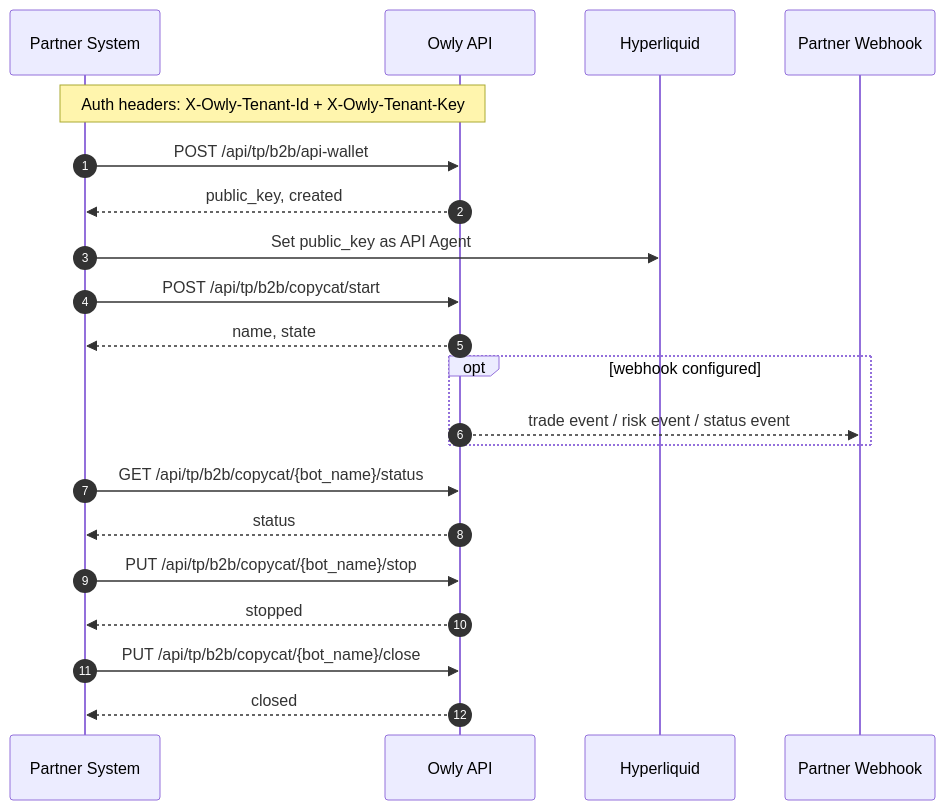
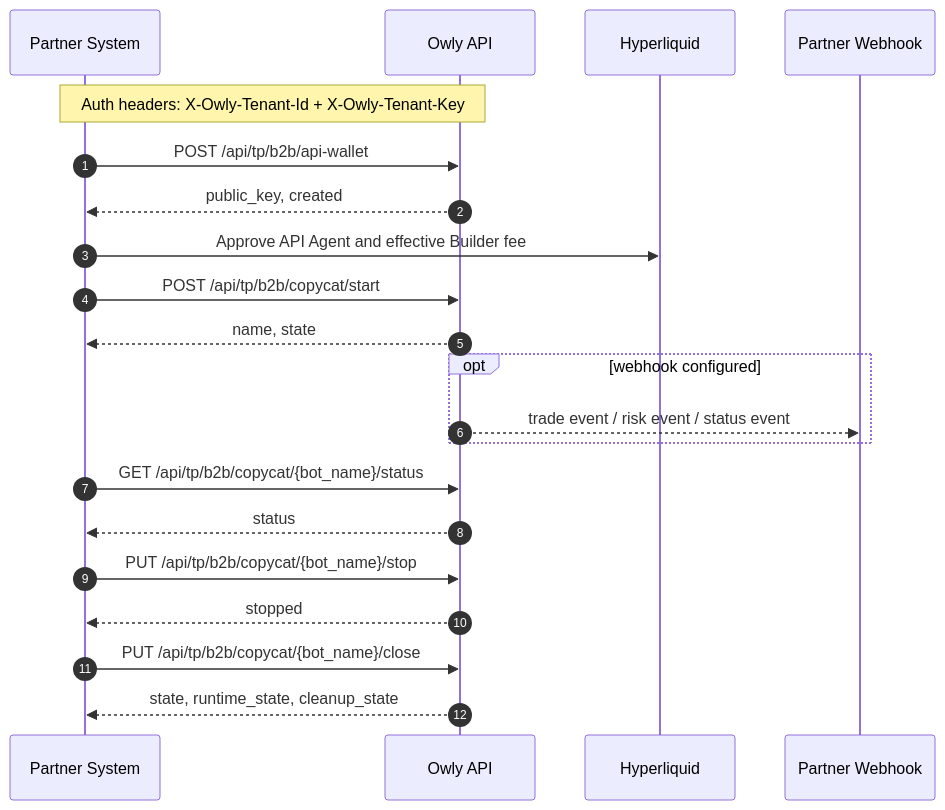
The diagram in guide/b2b-api.mdx (owlyfi/docs), drawn with Mermaid before and after one commit. The commit also changed other lines of this file and 45 other files, not shown here.

````diff
--- a/guide/b2b-api.mdx
+++ b/guide/b2b-api.mdx
@@ -23,31 +23,31 @@
 ```mermaid
 sequenceDiagram
     autonumber
     participant Partner as Partner System
     participant Owly as Owly API
     participant HL as Hyperliquid
     participant WH as Partner Webhook
 
     Note over Partner,Owly: Auth headers: X-Owly-Tenant-Id + X-Owly-Tenant-Key
 
     Partner->>Owly: POST /api/tp/b2b/api-wallet
     Owly-->>Partner: public_key, created
 
-    Partner->>HL: Set public_key as API Agent
+    Partner->>HL: Approve API Agent and effective Builder fee
 
     Partner->>Owly: POST /api/tp/b2b/copycat/start
     Owly-->>Partner: name, state
 
     opt webhook configured
         Owly-->>WH: trade event / risk event / status event
     end
 
     Partner->>Owly: GET /api/tp/b2b/copycat/{bot_name}/status
     Owly-->>Partner: status
 
     Partner->>Owly: PUT /api/tp/b2b/copycat/{bot_name}/stop
     Owly-->>Partner: stopped
 
     Partner->>Owly: PUT /api/tp/b2b/copycat/{bot_name}/close
-    Owly-->>Partner: closed
+    Owly-->>Partner: state, runtime_state, cleanup_state
 ```
````
